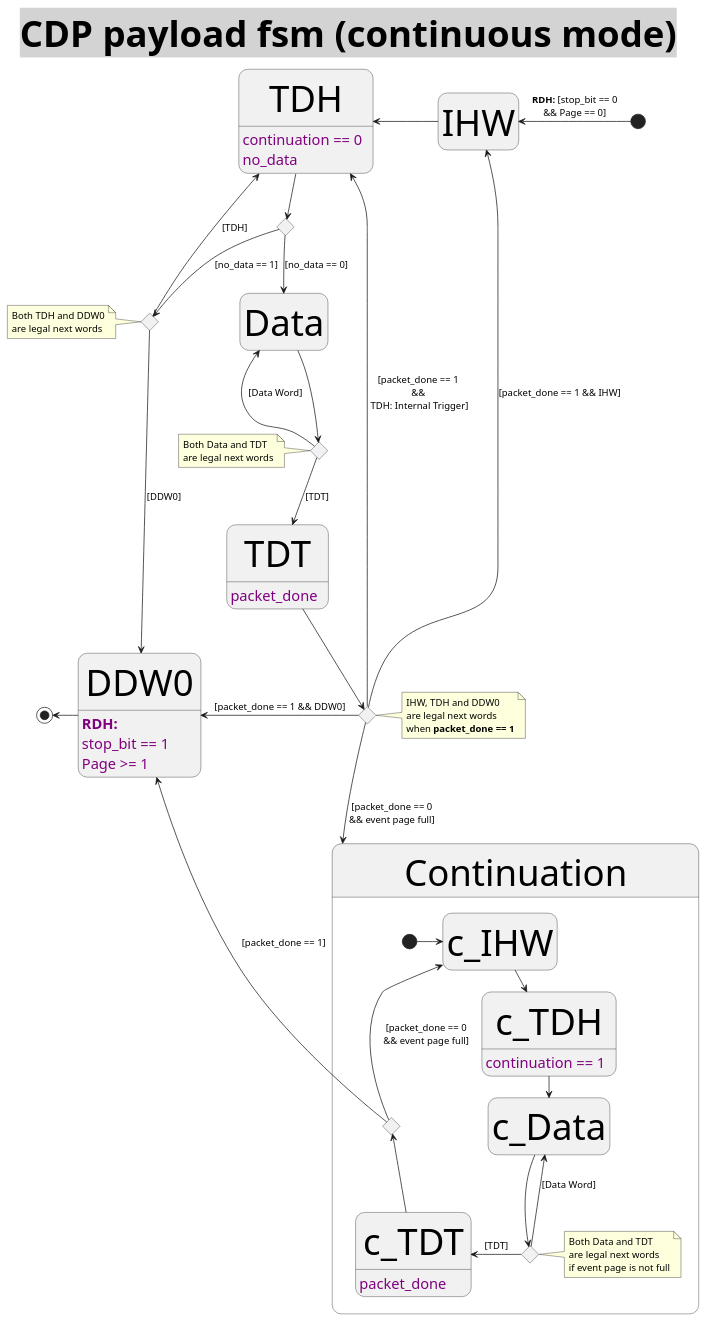
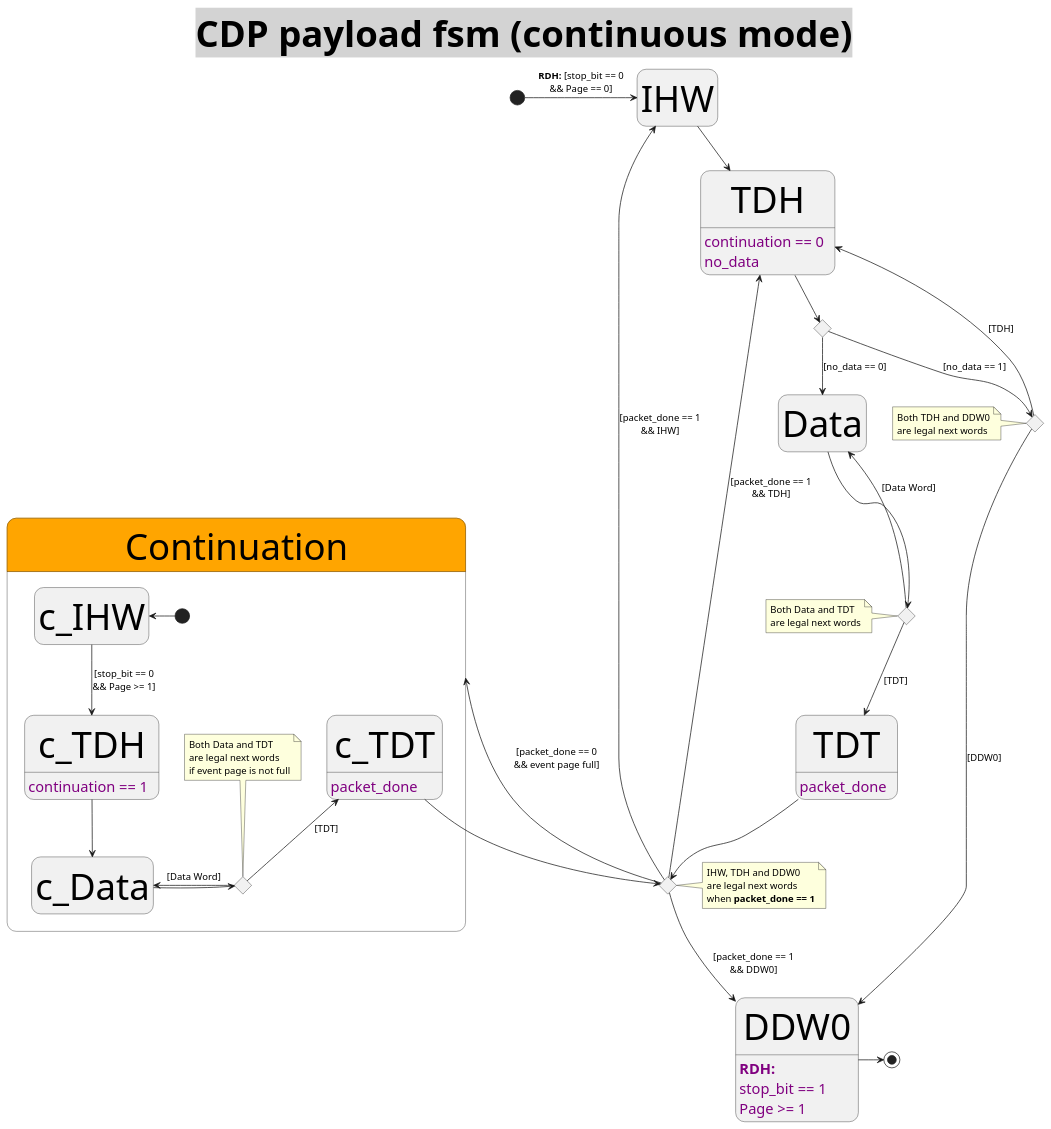
The diagram in doc/cdp_payload_fsm.puml (CramBL/fastPASTA), drawn with PlantUML before and after one commit. The commit also changed 1 other file, not shown here.

Commit message:
improve state machine diagram

```diff
--- a/doc/cdp_payload_fsm.puml
+++ b/doc/cdp_payload_fsm.puml
@@ -1,102 +1,101 @@
 @startuml CDP_payload_StateMachine (continuous mode)
 <style>
 title {
   HorizontalAlignment right
   FontSize 50
   BackGroundColor lightgrey
   Margin 1
   Padding 0
 }
 
 header {
   HorizontalAlignment center
   FontSize 20
   FontColor purple
 }
 
 footer {
   HorizontalAlignment left
   FontSize 28
   FontColor red
 }
 
 legend {
   FontSize 30
   BackGroundColor yellow
   Margin 30
   Padding 50
 }
 
 caption {
   FontSize 32
 }
 </style>
 Title **CDP payload fsm** (continuous mode)
 hide empty description
 
 state after_TDH <<choice>>
 state after_TDH_no_data <<choice>>
 state after_TDT <<choice>>
 state after_Data <<choice>>
 
 
-[*] -left-> IHW : **RDH:** [stop_bit == 0\n&& Page == 0]
 
-IHW -left-> TDH
+[*] -right-----> IHW : **RDH:** [stop_bit == 0\n&& Page == 0]
 
-TDH -down-> after_TDH
+IHW --> TDH
+
+TDH --> after_TDH
 TDH: continuation == 0
 TDH: no_data
 
 after_TDH --> Data : [no_data == 0]
 after_TDH --> after_TDH_no_data : [no_data == 1]
 
 note left of after_TDH_no_data : Both TDH and DDW0\nare legal next words
 
-after_TDH_no_data -left-> TDH : [TDH]
+after_TDH_no_data --> TDH : [TDH]
 after_TDH_no_data --> DDW0 : [DDW0]
 
 
 Data --> after_Data
 
 note left of after_Data : Both Data and TDT\nare legal next words
 
-after_Data -left-> Data : [Data Word]
+after_Data --> Data : [Data Word]
 after_Data --> TDT : [TDT]
 TDT: packet_done
 
 TDT --> after_TDT
-after_TDT -up-> TDH : [packet_done == 1\n&&\n TDH: Internal Trigger]
+after_TDT --> TDH : [packet_done == 1\n&& TDH]
+after_TDT --> DDW0 : [packet_done == 1\n&& DDW0]
+after_TDT --> IHW : [packet_done == 1\n&& IHW]
 after_TDT --> Continuation : [packet_done == 0\n&& event page full]
-after_TDT -left-> DDW0 : [packet_done == 1 && DDW0]
-after_TDT -left-> IHW : [packet_done == 1 && IHW]
 note right of after_TDT : IHW, TDH and DDW0\nare legal next words\nwhen **packet_done == 1**
 
+state Continuation #orange {
+  state after_c_Data <<choice>>
+    [*] -left---> c_IHW
+    c_IHW --> c_TDH : [stop_bit == 0\n&& Page >= 1]
+    c_TDH: continuation == 1
 
-state Continuation {
-  state after_c_Data <<choice>>
-  state after_c_TDT <<choice>>
-    [*] -right-> c_IHW
-    c_IHW -right-> c_TDH : [stop_bit == 0\n&& Page >= 1]
-    c_TDH: continuation == 1
-    c_TDH -right-> c_Data
-    c_Data --> after_c_Data
 
-    after_c_Data -up-> c_Data : [Data Word]
-    after_c_Data -left-> c_TDT : [TDT]
+    c_TDH --> c_Data
+    c_Data -> after_c_Data
+
+    after_c_Data -> c_Data : [Data Word]
+    after_c_Data -up-> c_TDT : [TDT]
 
     c_TDT: packet_done
-    c_TDT -up-> after_c_TDT
+    c_TDT -down-> after_TDT
 
-    after_c_TDT -up-> c_IHW : [packet_done == 0\n&& event page full]
-    after_c_TDT -left-> DDW0 : [packet_done == 1]
+    note top of after_c_Data : Both Data and TDT\nare legal next words\nif event page is not full
 
-    note right of after_c_Data : Both Data and TDT\nare legal next words\nif event page is not full
 }
 
 
 
-DDW0 -left-> [*]
+DDW0 -----right-----> [*]
 DDW0: **RDH:**\nstop_bit == 1\nPage >= 1
 
 @enduml
```
